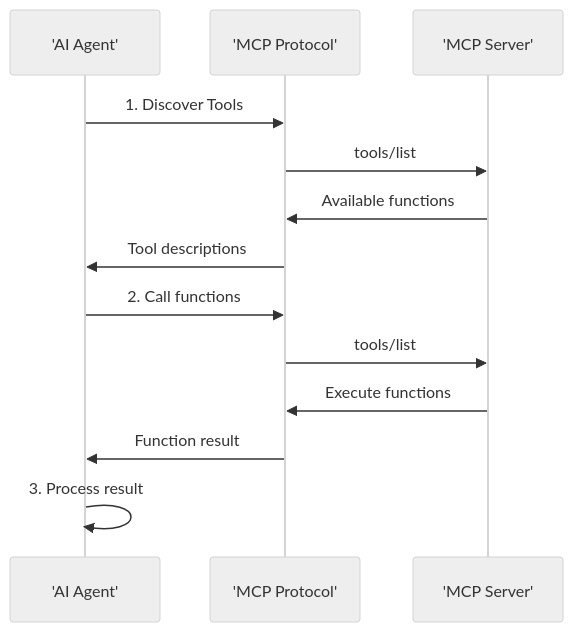
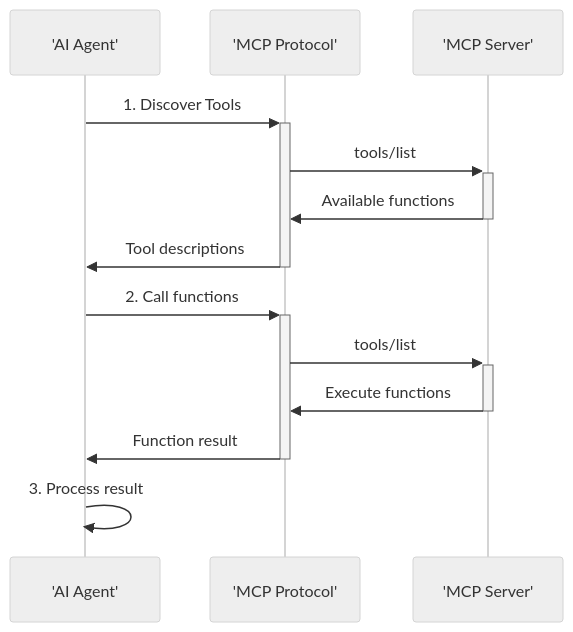
One commit to krishnamanchikalapudi/examples.py changed the diagram in LLM/MCP/README.md. Above: the diagram before and after it, drawn with Mermaid (neutral theme). The commit also changed other lines of this file and 12 other files, not shown here.

````diff
--- a/LLM/MCP/README.md
+++ b/LLM/MCP/README.md
@@ -7,15 +16,15 @@
 ```mermaid
 sequenceDiagram
     participant AIA as 'AI Agent' 
     participant MCPP as 'MCP Protocol'
     participant MCPS as 'MCP Server'
-    AIA->>MCPP: 1. Discover Tools
-    MCPP->>MCPS: tools/list
-    MCPS->>MCPP: Available functions
-    MCPP->>AIA: Tool descriptions
-    AIA->>MCPP: 2. Call functions
-    MCPP->>MCPS: tools/list
-    MCPS->>MCPP: Execute functions
-    MCPP->>AIA: Function result
+    AIA->>+MCPP: 1. Discover Tools
+    MCPP->>+MCPS: tools/list
+    MCPS->>-MCPP: Available functions
+    MCPP->>-AIA: Tool descriptions
+    AIA->>+MCPP: 2. Call functions
+    MCPP->>+MCPS: tools/list
+    MCPS->>-MCPP: Execute functions
+    MCPP->>-AIA: Function result
     AIA->>AIA: 3. Process result
 ```
````
